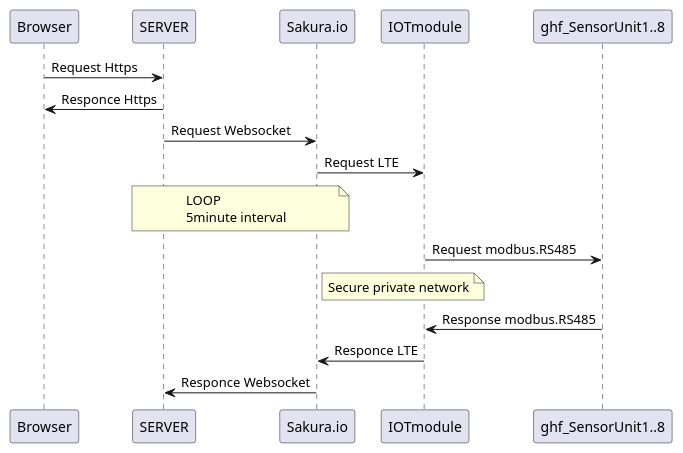
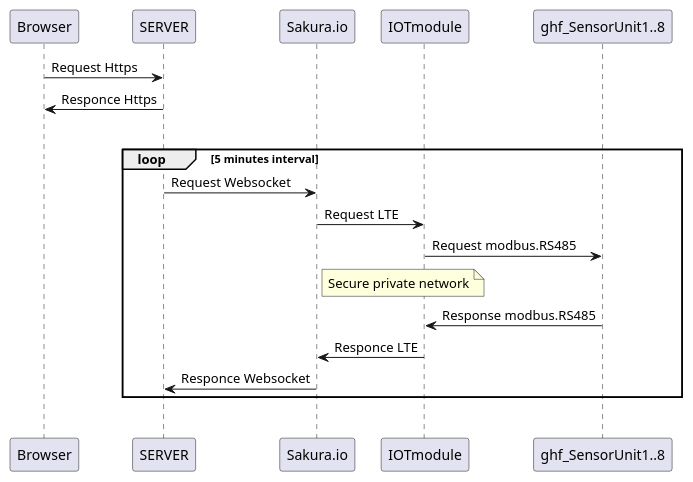
One commit to piot-jp-Team/ghf_sensorhousing changed the diagram in sequence.pu. Above: the diagram before and after it, drawn with PlantUML. The commit also changed 1 other file, not shown here.

Commit message:
add sequence diagram2

```diff
--- a/sequence.pu
+++ b/sequence.pu
@@ -1,10 +1,13 @@
 Browser -> SERVER: Request Https
 SERVER -> Browser: Responce Https
+|||
+LOOP  5 minutes interval
 SERVER -> Sakura.io: Request Websocket
 Sakura.io -> IOTmodule: Request LTE
-Note over SERVER,Sakura.io: LOOP \n5minute interval
 IOTmodule -> ghf_SensorUnit1..8: Request modbus.RS485
 Note right of Sakura.io: Secure private network
 ghf_SensorUnit1..8 -> IOTmodule: Response modbus.RS485
 IOTmodule -> Sakura.io: Responce LTE
 Sakura.io -> SERVER: Responce Websocket
+end
+|||
```
